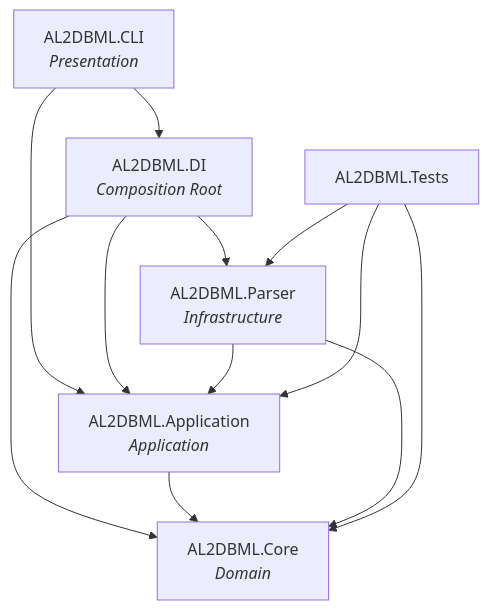
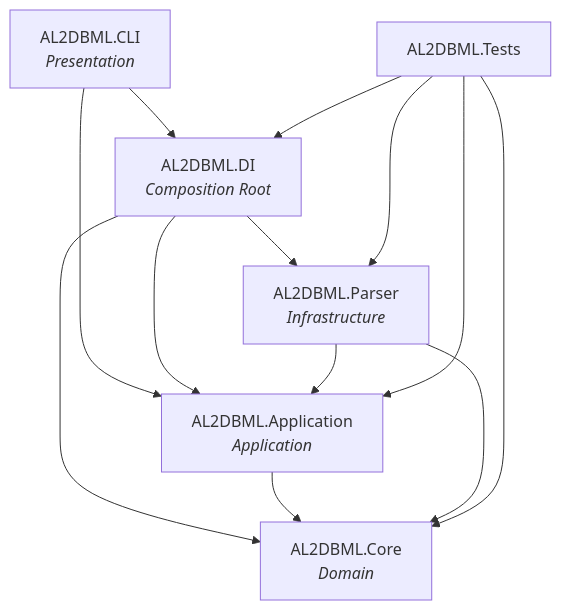
The diagram in docs/ARCHITECTURE.md (OGR-67/AL2DBML), drawn with Mermaid before and after one commit. The commit also changed 21 other files, not shown here.

````diff
--- a/docs/ARCHITECTURE.md
+++ b/docs/ARCHITECTURE.md
@@ -5,21 +5,22 @@
 ```mermaid
 graph TD
     CLI["AL2DBML.CLI<br/><i>Presentation</i>"]
     DI["AL2DBML.DI<br/><i>Composition Root</i>"]
     APP["AL2DBML.Application<br/><i>Application</i>"]
     PARSER["AL2DBML.Parser<br/><i>Infrastructure</i>"]
     CORE["AL2DBML.Core<br/><i>Domain</i>"]
     TESTS["AL2DBML.Tests"]
 
     CLI --> DI
     CLI --> APP
     DI --> APP
     DI --> PARSER
     DI --> CORE
     APP --> CORE
     PARSER --> APP
     PARSER --> CORE
     TESTS --> APP
     TESTS --> PARSER
     TESTS --> CORE
+    TESTS --> DI
 ```
````
